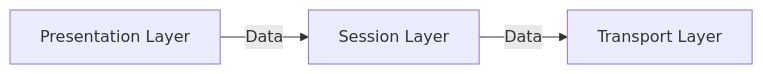
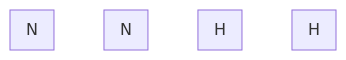
Before and after one commit to shubham21155102/Archieve: the tenth of 12 diagrams in Computer_Networks/CN_2.MD, drawn with Mermaid. The commit also changed other lines of this file and 4 other files, not shown here.

````diff
--- a/Computer_Networks/CN_2.MD
+++ b/Computer_Networks/CN_2.MD
@@ -84,4 +159,11 @@
-```mermaid
-graph LR; 
-A[Presentation Layer]--Data-->B[Session Layer]--Data-->C[Transport Layer]
-```
+  ```mermaid
+  graph TB;
+  subgraph A[H]
+  end
+  subgraph B[H]
+  end
+  subgraph C[N]
+  end
+  subgraph D[N]
+  end
+  ```
````
